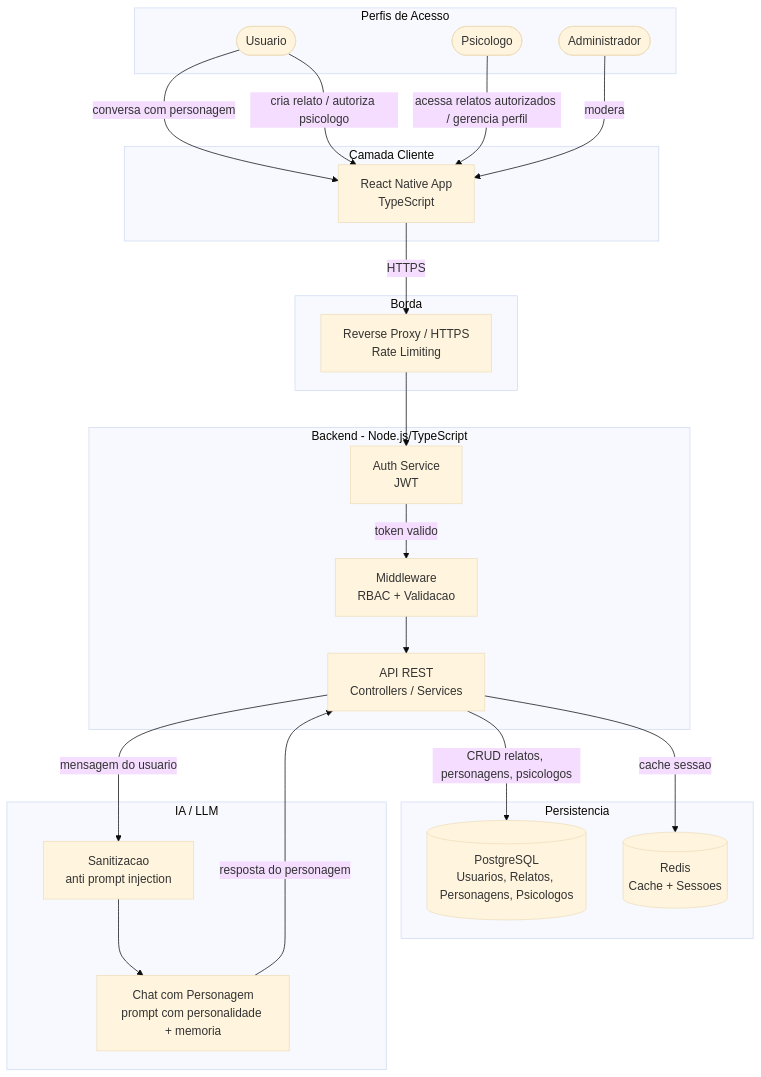
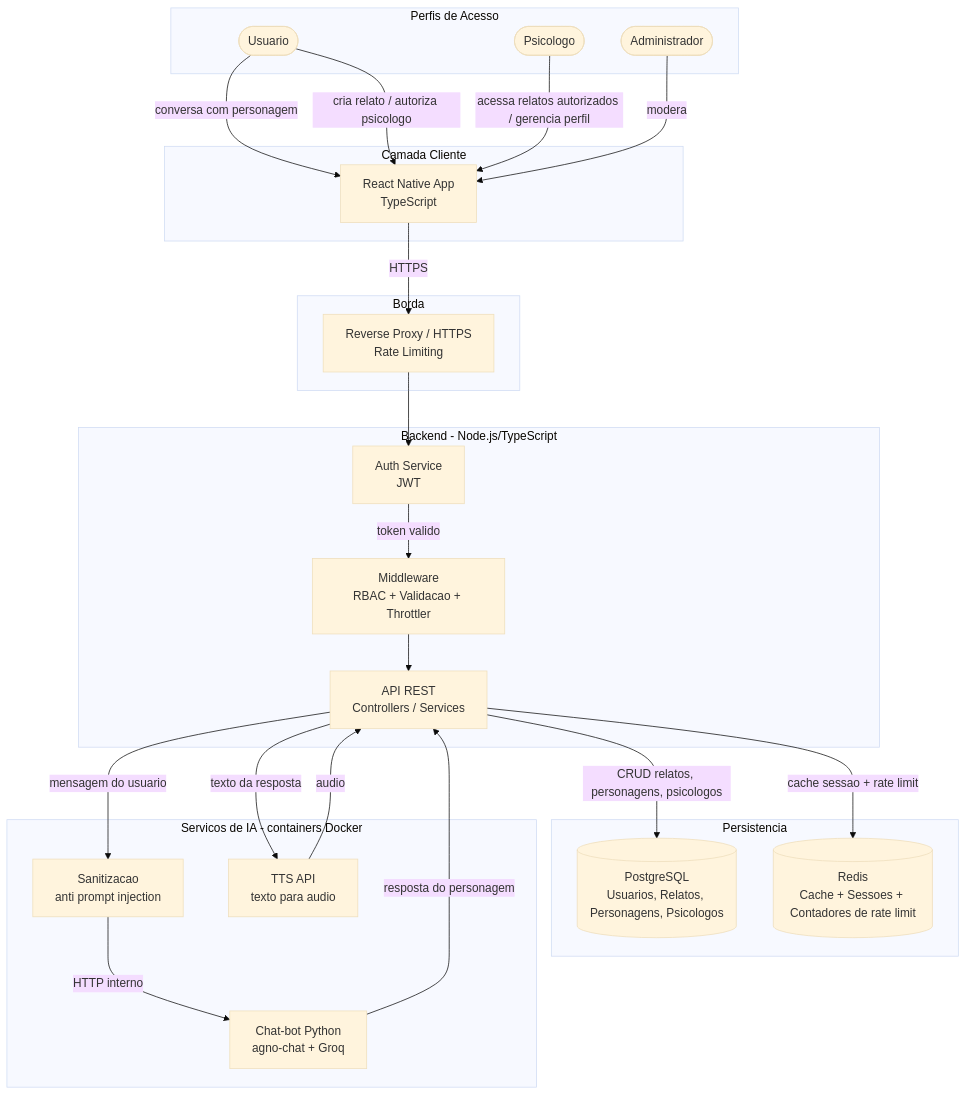
One commit to GeorgeLucas1/PSYCHO-LIBERTAIRE- changed the first of 5 diagrams in README.md. Above: the diagram before and after it, drawn with Mermaid (base theme). The commit also changed other lines of this file, not shown here.

````diff
--- a/README.md
+++ b/README.md
@@ -61,48 +100,51 @@
 ```mermaid
 graph TB
     subgraph Client["Camada Cliente"]
         RN[React Native App<br/>TypeScript]
     end
 
     subgraph Gateway["Borda"]
         LB[Reverse Proxy / HTTPS<br/>Rate Limiting]
     end
 
     subgraph Backend["Backend - Node.js/TypeScript"]
         AUTH[Auth Service<br/>JWT]
         API[API REST<br/>Controllers / Services]
-        MW[Middleware<br/>RBAC + Validacao]
+        MW[Middleware<br/>RBAC + Validacao + Throttler]
     end
 
     subgraph Data["Persistencia"]
         PG[(PostgreSQL<br/>Usuarios, Relatos, Personagens, Psicologos)]
-        RD[(Redis<br/>Cache + Sessoes)]
+        RD[(Redis<br/>Cache + Sessoes + Contadores de rate limit)]
     end
 
-    subgraph AI["IA / LLM"]
-        CHAT[Chat com Personagem<br/>prompt com personalidade + memoria]
+    subgraph AI["Servicos de IA - containers Docker"]
         PROT[Sanitizacao<br/>anti prompt injection]
+        CHAT[Chat-bot Python<br/>agno-chat + Groq]
+        TTS[TTS API<br/>texto para audio]
     end
 
     subgraph Roles["Perfis de Acesso"]
         USER([Usuario])
         PROF([Psicologo])
         ADMIN([Administrador])
     end
 
     USER -->|conversa com personagem| RN
     USER -->|cria relato / autoriza psicologo| RN
     PROF -->|acessa relatos autorizados / gerencia perfil| RN
     ADMIN -->|modera| RN
 
     RN -->|HTTPS| LB
     LB --> AUTH
     AUTH -->|token valido| MW
     MW --> API
 
     API -->|CRUD relatos, personagens, psicologos| PG
-    API -->|cache sessao| RD
+    API -->|cache sessao + rate limit| RD
     API -->|mensagem do usuario| PROT
-    PROT --> CHAT
+    PROT -->|HTTP interno| CHAT
     CHAT -->|resposta do personagem| API
+    API -->|texto da resposta| TTS
+    TTS -->|audio| API
 ```
````
